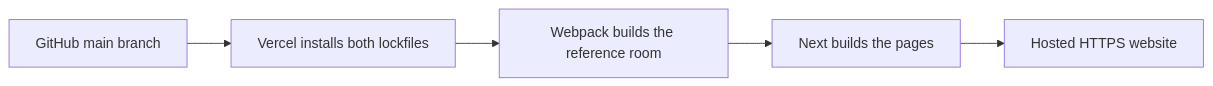
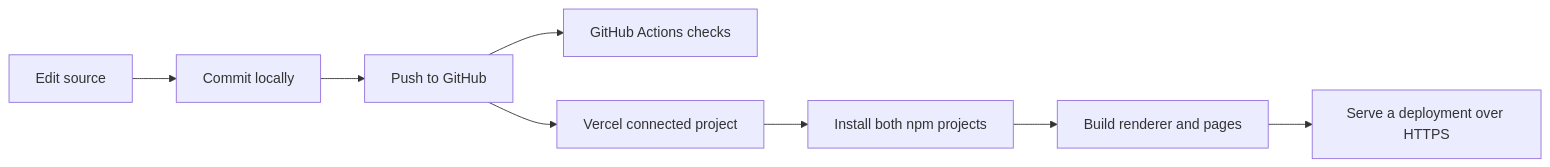
The second of 2 diagrams in docs/FUNDAMENTALS.md (shreethan0303/shreethan), drawn with Mermaid before and after one commit. The commit also changed other lines of this file and 2 other files, not shown here.

Commit message:
Document website fundamentals, deployment and CAD workflow

````diff
--- a/docs/FUNDAMENTALS.md
+++ b/docs/FUNDAMENTALS.md
@@ -5,7 +86,10 @@
 ```mermaid
 flowchart LR
-  G[GitHub main branch] --> I[Vercel installs both lockfiles]
-  I --> R[Webpack builds the reference room]
-  R --> N[Next builds the pages]
-  N --> H[Hosted HTTPS website]
+    E[Edit source] --> C[Commit locally]
+    C --> P[Push to GitHub]
+    P --> A[GitHub Actions checks]
+    P --> V[Vercel connected project]
+    V --> I[Install both npm projects]
+    I --> B[Build renderer and pages]
+    B --> S[Serve a deployment over HTTPS]
 ```
````
